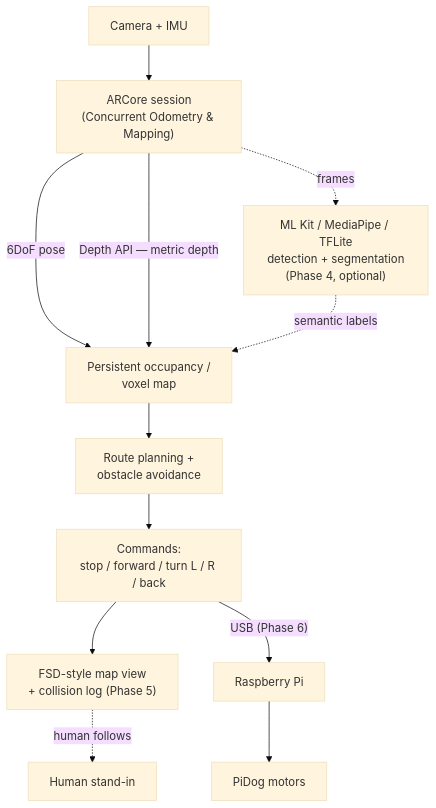
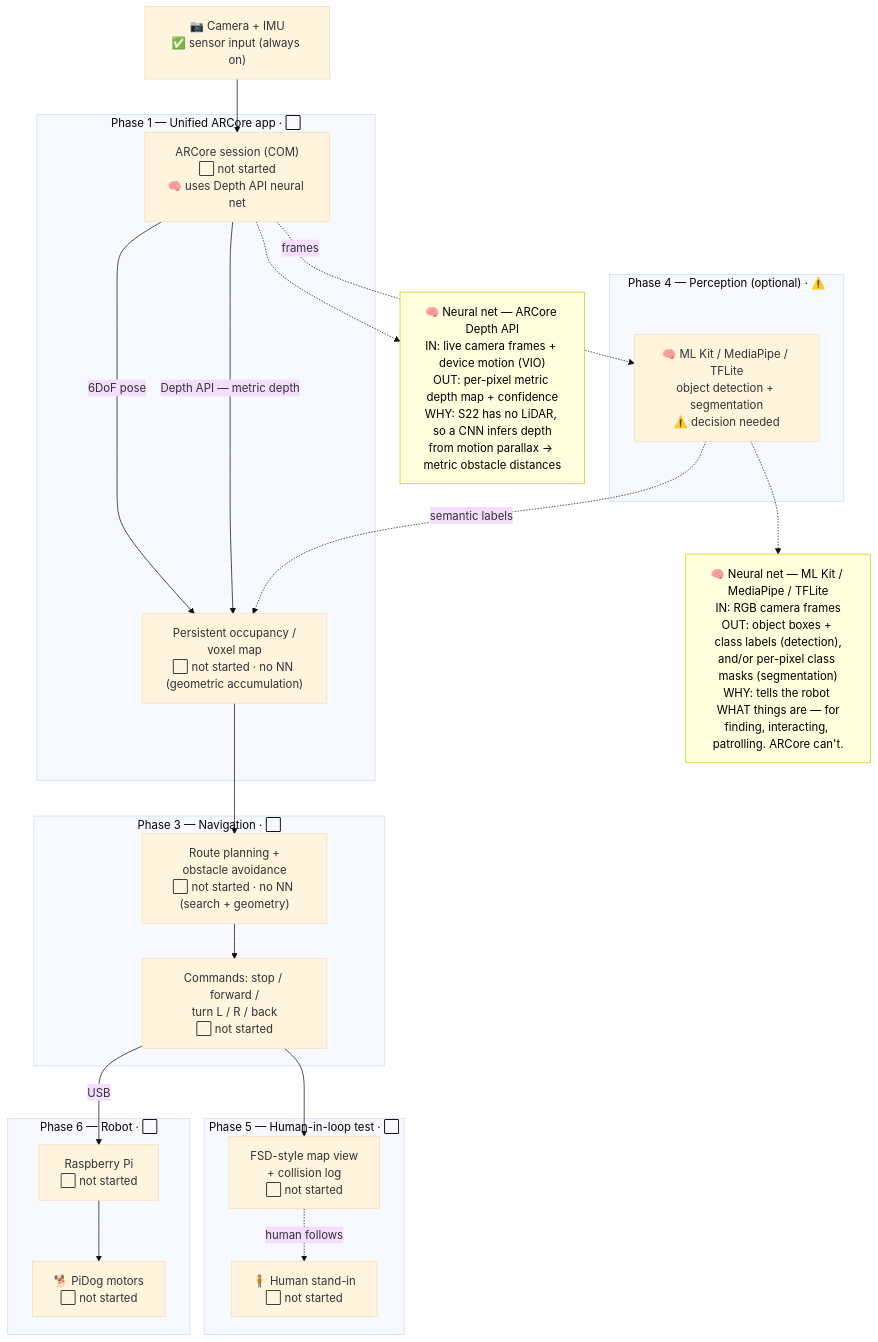
One commit to alexbhandari/pidog-public changed the first of 2 diagrams in PROJECT_PLAN.md. Above: the diagram before and after it, drawn with Mermaid (base theme). The commit also changed other lines of this file, not shown here.

Commit message:
sync PROJECT_PLAN.md (2026-06-19)

````diff
--- a/PROJECT_PLAN.md
+++ b/PROJECT_PLAN.md
@@ -15,14 +17,48 @@
 ```mermaid
 flowchart TD
-    CAM["Camera + IMU"] --> ARCORE["ARCore session<br/>(Concurrent Odometry &amp; Mapping)"]
-    ARCORE -->|"6DoF pose"| MAP["Persistent occupancy /<br/>voxel map"]
+    CAM["📷 Camera + IMU<br/>✅ sensor input (always on)"]
+
+    subgraph P1["Phase 1 — Unified ARCore app · ⬜"]
+        ARCORE["ARCore session (COM)<br/>⬜ not started<br/>🧠 uses Depth API neural net"]
+        MAP["Persistent occupancy /<br/>voxel map<br/>⬜ not started · no NN (geometric accumulation)"]
+    end
+
+    subgraph P4["Phase 4 — Perception (optional) · ⚠️"]
+        ML["🧠 ML Kit / MediaPipe / TFLite<br/>object detection + segmentation<br/>⚠️ decision needed"]
+    end
+
+    subgraph P3["Phase 3 — Navigation · ⬜"]
+        PLAN["Route planning +<br/>obstacle avoidance<br/>⬜ not started · no NN (search + geometry)"]
+        CMD["Commands: stop / forward /<br/>turn L / R / back<br/>⬜ not started"]
+    end
+
+    subgraph P5["Phase 5 — Human-in-loop test · ⬜"]
+        VIEW["FSD-style map view<br/>+ collision log<br/>⬜ not started"]
+        HUMAN["🧍 Human stand-in<br/>⬜ not started"]
+    end
+
+    subgraph P6["Phase 6 — Robot · ⬜"]
+        PI["Raspberry Pi<br/>⬜ not started"]
+        DOG["🐕 PiDog motors<br/>⬜ not started"]
+    end
+
+    CAM --> ARCORE
+    ARCORE -->|"6DoF pose"| MAP
     ARCORE -->|"Depth API — metric depth"| MAP
-    ARCORE -.->|"frames"| ML["ML Kit / MediaPipe / TFLite<br/>detection + segmentation<br/>(Phase 4, optional)"]
+    ARCORE -.->|"frames"| ML
     ML -.->|"semantic labels"| MAP
-    MAP --> PLAN["Route planning +<br/>obstacle avoidance"]
-    PLAN --> CMD["Commands:<br/>stop / forward / turn L / R / back"]
-    CMD --> VIEW["FSD-style map view<br/>+ collision log (Phase 5)"]
-    VIEW -.->|"human follows"| HUMAN["Human stand-in"]
-    CMD -->|"USB (Phase 6)"| PI["Raspberry Pi"]
-    PI --> DOG["PiDog motors"]
+    MAP --> PLAN
+    PLAN --> CMD
+    CMD --> VIEW
+    VIEW -.->|"human follows"| HUMAN
+    CMD -->|"USB"| PI
+    PI --> DOG
+
+    NN1["🧠 Neural net — ARCore Depth API<br/>IN: live camera frames + device motion (VIO)<br/>OUT: per-pixel metric depth map + confidence<br/>WHY: S22 has no LiDAR, so a CNN infers depth<br/>from motion parallax → metric obstacle distances"]
+    NN2["🧠 Neural net — ML Kit / MediaPipe / TFLite<br/>IN: RGB camera frames<br/>OUT: object boxes + class labels (detection),<br/>and/or per-pixel class masks (segmentation)<br/>WHY: tells the robot WHAT things are — for<br/>finding, interacting, patrolling. ARCore can't."]
+    ARCORE -.-> NN1
+    ML -.-> NN2
+
+    classDef note fill:#ffd,stroke:#cc0,color:#000;
+    class NN1,NN2 note;
 ```
````
